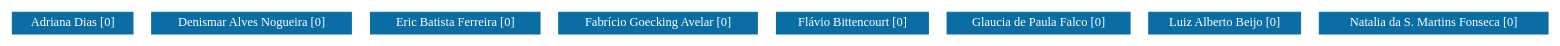
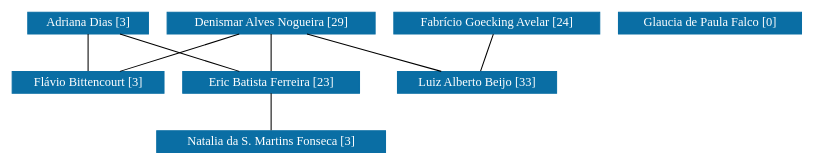
One commit to icamps/unifal-lattes.github.io changed the diagram in de/grafoDeColaboracoesSemPesos.dot. Above: the diagram before and after it, drawn with Graphviz. The commit also changed 783 other files, not shown here.

```diff
--- a/de/grafoDeColaboracoesSemPesos.dot
+++ b/de/grafoDeColaboracoesSemPesos.dot
@@ -1,67 +1,74 @@
 strict graph grafo1 {
-	graph [bb="0,0,1222,21",
+	graph [bb="0,0,625.5,135",
 		id=grafo1,
 		overlap=False
 	];
 	node [fontsize=12,
 		label="\N",
 		shape=rectangle,
 		style=filled
 	];
 	0	 [URL="membro-9808310940421979.html",
 		color="#0A6EA4",
 		fontcolor="#FFFFFF",
 		height=0.29167,
-		label="Adriana Dias [0]",
-		pos="48,10.5",
+		label="Adriana Dias [3]",
+		pos="59.5,124.5",
 		width=1.3333];
+	2	 [URL="membro-9965398009651936.html",
+		color="#0A6EA4",
+		fontcolor="#FFFFFF",
+		height=0.29167,
+		label="Eric Batista Ferreira [23]",
+		pos="205.5,67.5",
+		width=1.8889];
+	0 -- 2	 [pos="86.619,113.91 112.84,103.67 152.35,88.25 178.53,78.031"];
+	4	 [URL="membro-6581499944728910.html",
+		color="#0A6EA4",
+		fontcolor="#FFFFFF",
+		height=0.29167,
+		label="Flávio Bittencourt [3]",
+		pos="59.5,67.5",
+		width=1.6528];
+	0 -- 4	 [pos="59.5,113.78 59.5,103.59 59.5,88.348 59.5,78.173"];
+	7	 [URL="membro-3374954104030940.html",
+		color="#0A6EA4",
+		fontcolor="#FFFFFF",
+		height=0.29167,
+		label="Natalia da S. Martins Fonseca [3]",
+		pos="205.5,10.5",
+		width=2.4444];
+	2 -- 7	 [pos="205.5,56.779 205.5,46.588 205.5,31.348 205.5,21.173"];
 	1	 [URL="membro-3858924778362309.html",
 		color="#0A6EA4",
 		fontcolor="#FFFFFF",
 		height=0.29167,
-		label="Denismar Alves Nogueira [0]",
-		pos="192,10.5",
-		width=2.1528];
-	2	 [URL="membro-9965398009651936.html",
+		label="Denismar Alves Nogueira [29]",
+		pos="206.5,124.5",
+		width=2.2361];
+	1 -- 2	 [pos="206.31,113.78 206.13,103.59 205.87,88.348 205.69,78.173"];
+	1 -- 4	 [pos="179.19,113.91 152.79,103.67 113.01,88.25 86.659,78.031"];
+	6	 [URL="membro-8194104388434526.html",
 		color="#0A6EA4",
 		fontcolor="#FFFFFF",
 		height=0.29167,
-		label="Eric Batista Ferreira [0]",
-		pos="353,10.5",
-		width=1.8056];
+		label="Luiz Alberto Beijo [33]",
+		pos="370.5,67.5",
+		width=1.7778];
+	1 -- 6	 [pos="236.96,113.91 266.42,103.67 310.8,88.25 340.2,78.031"];
 	3	 [URL="membro-6886514520601172.html",
 		color="#0A6EA4",
 		fontcolor="#FFFFFF",
 		height=0.29167,
-		label="Fabrício Goecking Avelar [0]",
-		pos="513,10.5",
-		width=2.1389];
-	4	 [URL="membro-6581499944728910.html",
-		color="#0A6EA4",
-		fontcolor="#FFFFFF",
-		height=0.29167,
-		label="Flávio Bittencourt [0]",
-		pos="668,10.5",
-		width=1.6528];
+		label="Fabrício Goecking Avelar [24]",
+		pos="385.5,124.5",
+		width=2.2222];
+	3 -- 6	 [pos="382.68,113.78 380,103.59 375.99,88.348 373.31,78.173"];
 	5	 [URL="membro-4404511957654050.html",
 		color="#0A6EA4",
 		fontcolor="#FFFFFF",
 		height=0.29167,
 		label="Glaucia de Paula Falco [0]",
-		pos="817,10.5",
+		pos="554.5,124.5",
 		width=1.9722];
-	6	 [URL="membro-8194104388434526.html",
-		color="#0A6EA4",
-		fontcolor="#FFFFFF",
-		height=0.29167,
-		label="Luiz Alberto Beijo [0]",
-		pos="967,10.5",
-		width=1.6944];
-	7	 [URL="membro-3374954104030940.html",
-		color="#0A6EA4",
-		fontcolor="#FFFFFF",
-		height=0.29167,
-		label="Natalia da S. Martins Fonseca [0]",
-		pos="1134,10.5",
-		width=2.4444];
 }
```
